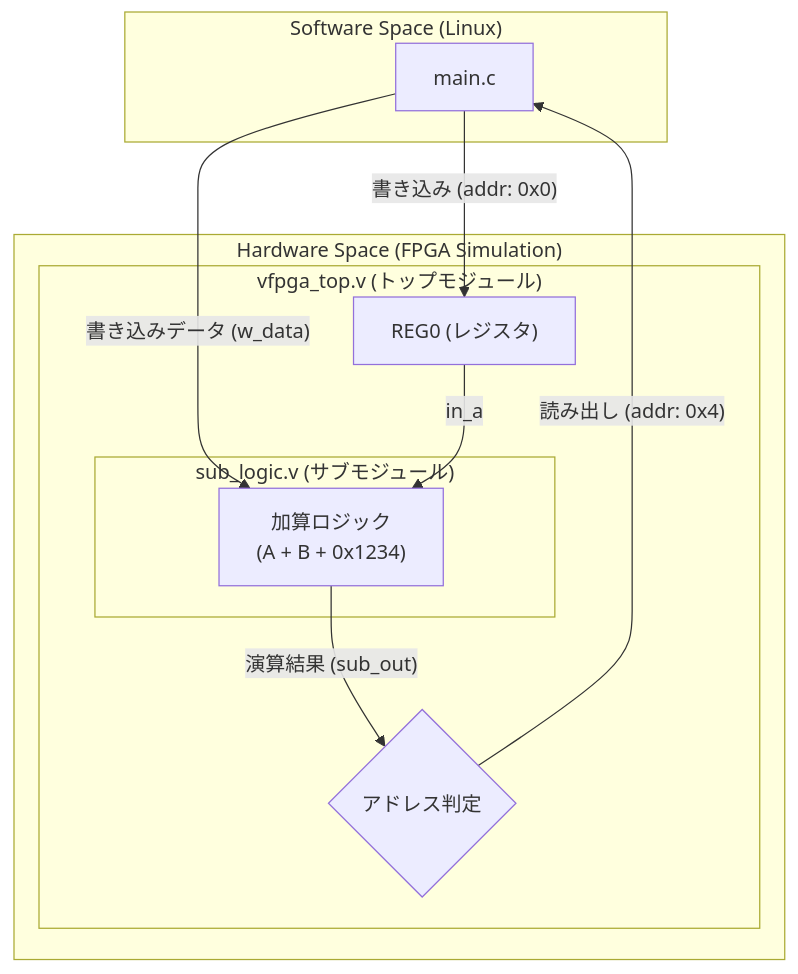
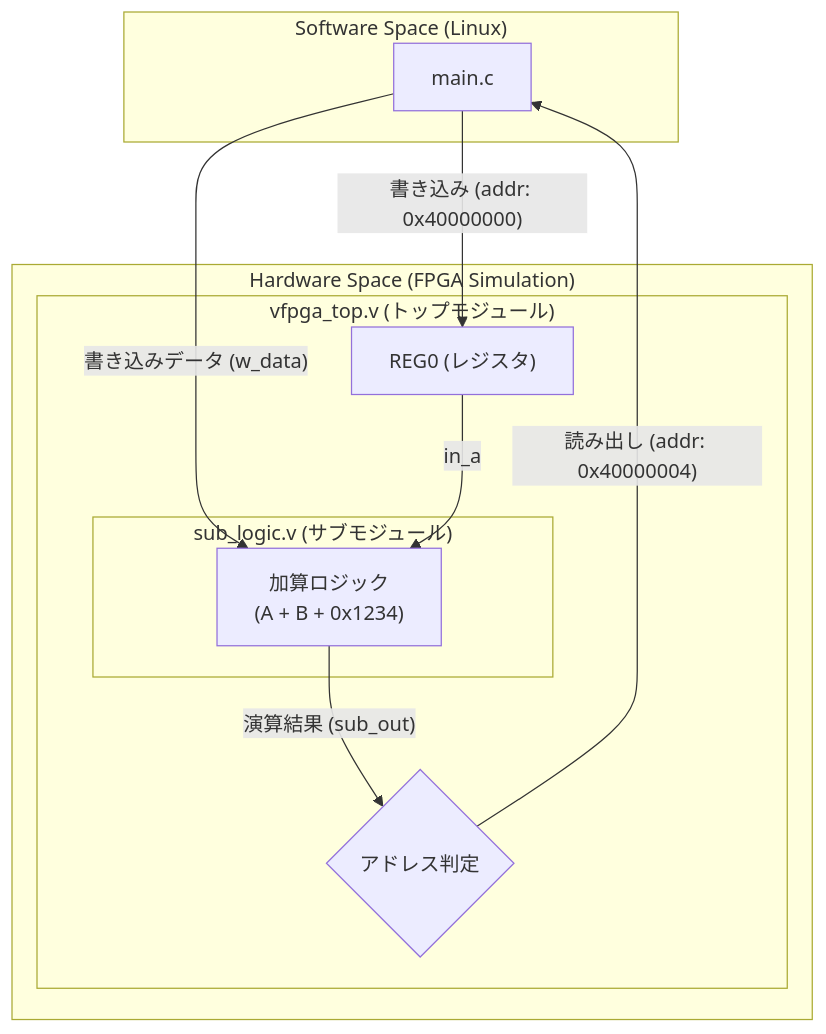
One commit to sirosiro/VirtualFPGALab changed the diagram in tests/scenarios/05_multi_v_files/README.md. Above: the diagram before and after it, drawn with Mermaid. The commit also changed other lines of this file and 6 other files, not shown here.

Commit message:
docs: synchronize architecture manifest and test scenarios with unified physical address space design

````diff
--- a/tests/scenarios/05_multi_v_files/README.md
+++ b/tests/scenarios/05_multi_v_files/README.md
@@ -10,23 +10,23 @@
 ```mermaid
 graph TD
     subgraph "Software Space (Linux)"
         App["main.c"]
     end
 
     subgraph "Hardware Space (FPGA Simulation)"
         subgraph "vfpga_top.v (トップモジュール)"
             Reg0["REG0 (レジスタ)"]
             ReadSel{"アドレス判定"}
 
             subgraph "sub_logic.v (サブモジュール)"
                 Logic["加算ロジック<br/>(A + B + 0x1234)"]
             end
         end
     end
 
-    App -- "書き込み (addr: 0x0)" --> Reg0
+    App -- "書き込み (addr: 0x40000000)" --> Reg0
     App -- "書き込みデータ (w_data)" --> Logic
     Reg0 -- "in_a" --> Logic
     Logic -- "演算結果 (sub_out)" --> ReadSel
-    ReadSel -- "読み出し (addr: 0x4)" --> App
+    ReadSel -- "読み出し (addr: 0x40000004)" --> App
 ```
````
